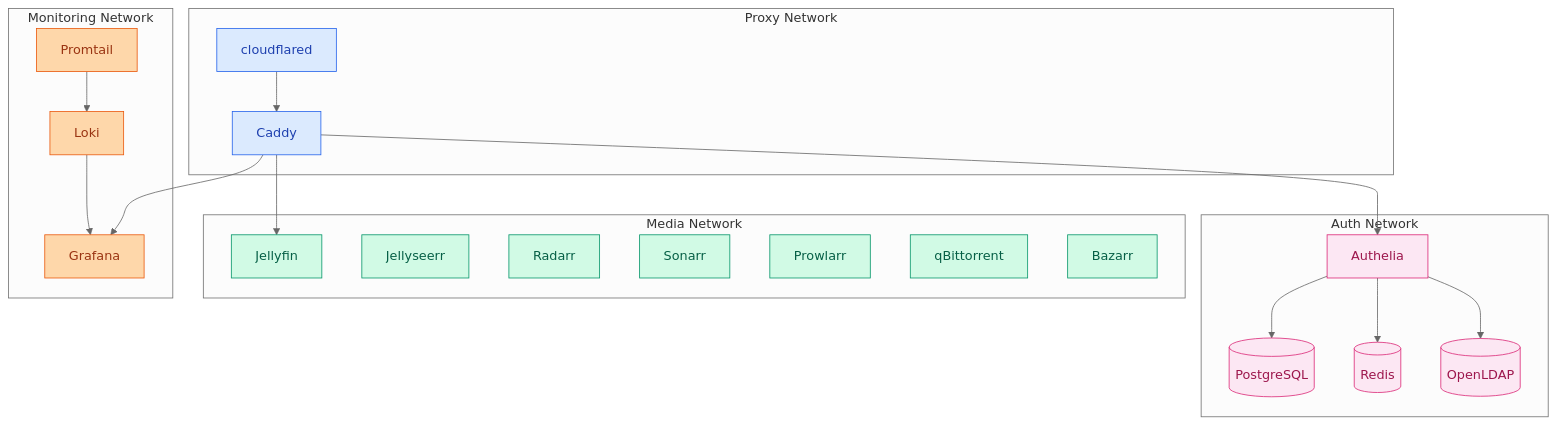
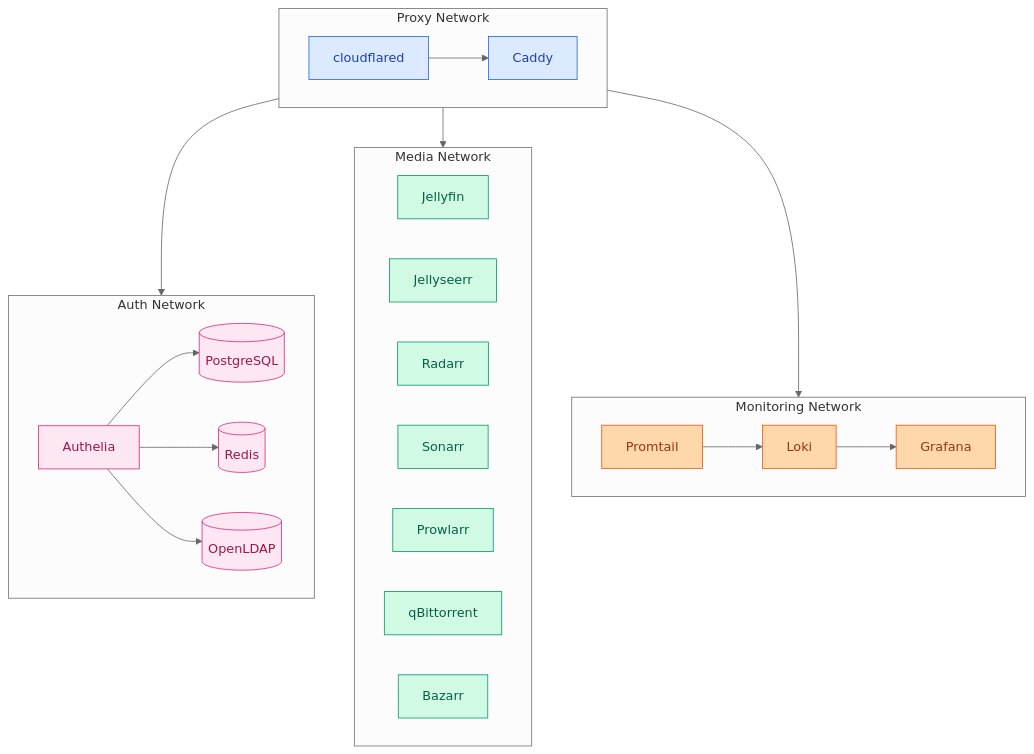
The fourth of 4 diagrams in docs-site/src/content/docs/guides/introduction.mdx (Mykyta-Home-Server/homeserver), drawn with Mermaid (neutral theme) before and after one commit. The commit also changed other lines of this file and 2 other files, not shown here.

First line of the commit message:
Refine Mermaid diagrams: compact layouts and remove labels

````diff
--- a/docs-site/src/content/docs/guides/introduction.mdx
+++ b/docs-site/src/content/docs/guides/introduction.mdx
@@ -166,50 +174,48 @@
 ```mermaid
 flowchart TB
     subgraph proxy[Proxy Network]
-        cloudflared[cloudflared]
-        Caddy[Caddy]
+        direction LR
+        cloudflared[cloudflared] --> Caddy[Caddy]
     end
 
     subgraph auth[Auth Network]
+        direction LR
         Authelia[Authelia]
         PostgreSQL[(PostgreSQL)]
         Redis[(Redis)]
         OpenLDAP[(OpenLDAP)]
+        Authelia --> PostgreSQL
+        Authelia --> Redis
+        Authelia --> OpenLDAP
     end
 
     subgraph media[Media Network]
+        direction LR
         Jellyfin[Jellyfin]
         Jellyseerr[Jellyseerr]
         Radarr[Radarr]
         Sonarr[Sonarr]
         Prowlarr[Prowlarr]
         qBit[qBittorrent]
         Bazarr[Bazarr]
     end
 
     subgraph monitoring[Monitoring Network]
-        Grafana[Grafana]
-        Loki[Loki]
-        Promtail[Promtail]
+        direction LR
+        Promtail[Promtail] --> Loki[Loki] --> Grafana[Grafana]
     end
 
-    cloudflared --> Caddy
-    Caddy --> Authelia
-    Caddy --> Jellyfin
-    Caddy --> Grafana
-    Authelia --> PostgreSQL
-    Authelia --> Redis
-    Authelia --> OpenLDAP
-    Promtail --> Loki
-    Loki --> Grafana
+    Caddy --> auth
+    Caddy --> media
+    Caddy --> monitoring
 
     classDef proxyNet fill:#dbeafe,stroke:#2563eb,color:#1e40af
     classDef authNet fill:#fce7f3,stroke:#db2777,color:#9d174d
     classDef mediaNet fill:#d1fae5,stroke:#059669,color:#065f46
     classDef monitorNet fill:#fed7aa,stroke:#ea580c,color:#9a3412
 
     class cloudflared,Caddy proxyNet
     class Authelia,PostgreSQL,Redis,OpenLDAP authNet
     class Jellyfin,Jellyseerr,Radarr,Sonarr,Prowlarr,qBit,Bazarr mediaNet
     class Grafana,Loki,Promtail monitorNet
 ```
````
